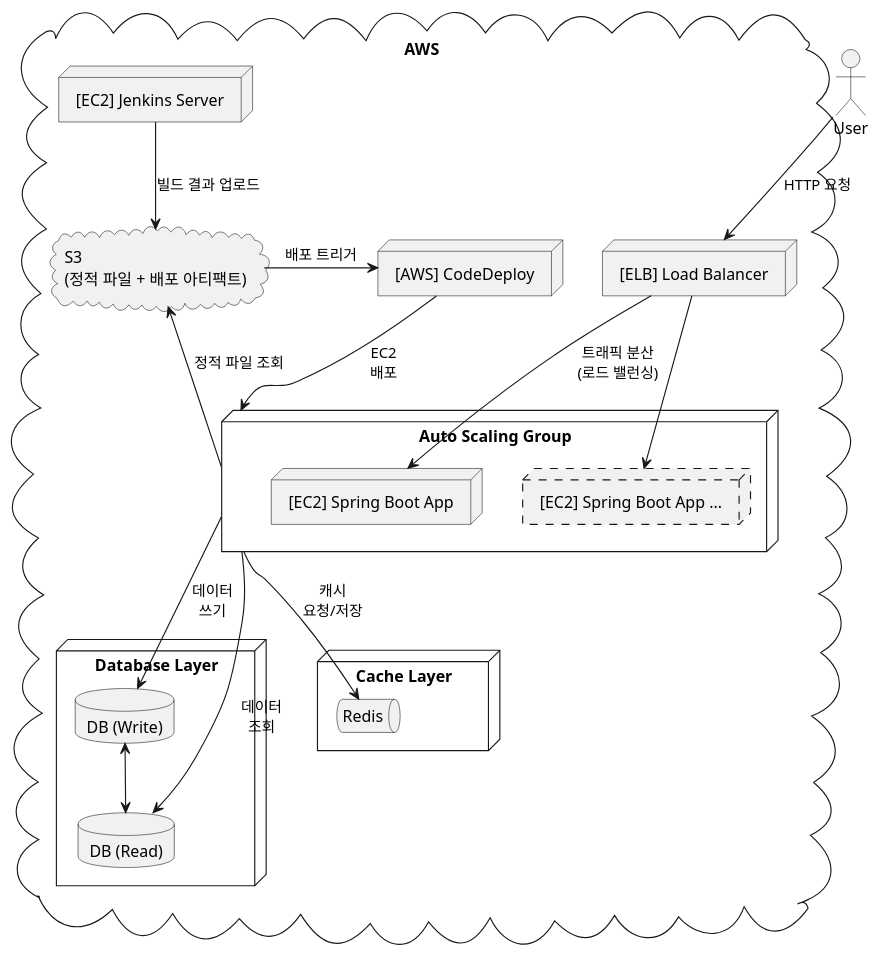
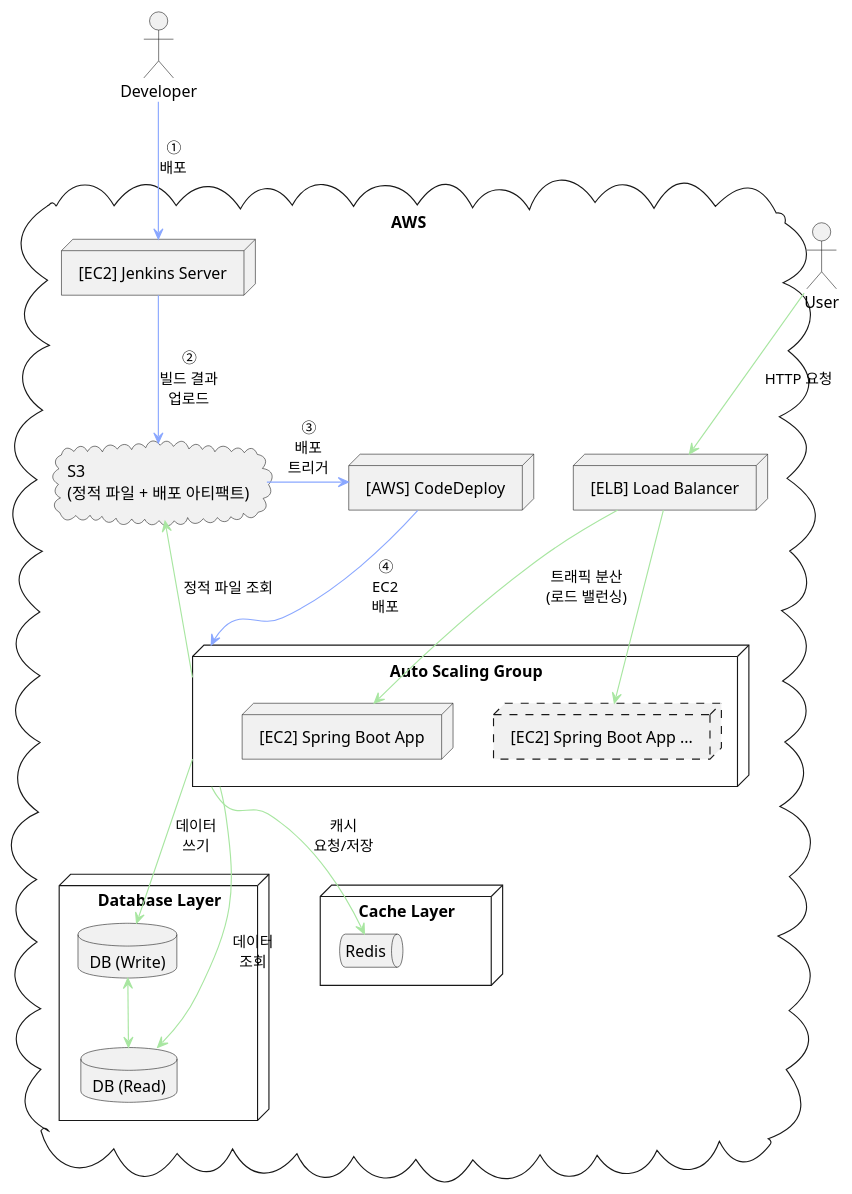
The diagram in docs/infra/infra.puml (honge7694/hdd-server-java), drawn with PlantUML before and after one commit. The commit also changed 1 other file, not shown here.

Commit message:
Infra Architecture 2차 수정 - 요청, 배포 흐름 선 색상 설정

```diff
--- a/docs/infra/infra.puml
+++ b/docs/infra/infra.puml
@@ -1,45 +1,52 @@
 @startuml
 skinparam componentStyle rectangle
 
 actor User
+actor Developer
 
 cloud "AWS" {
 
     node "[ELB] Load Balancer" as ELB
 
     node "Auto Scaling Group" as AppLayer {
         node "[EC2] Spring Boot App" as ec2
         node "[EC2] Spring Boot App ..." as ec2Dashed #line.dashed
     }
 
     node "Database Layer" {
         database "DB (Write)" as DBWrite
         database "DB (Read)" as DBRead
     }
 
     node "Cache Layer" {
         queue "Redis" as Redis
     }
 
+    cloud "S3\n(정적 파일 + 배포 아티팩트)" as S3
+
     node "[EC2] Jenkins Server" as Jenkins
+    node "[AWS] CodeDeploy" as CodeDeploy
+}
 
-    node "[AWS] CodeDeploy" as CodeDeploy
-
-    cloud "S3\n(정적 파일 + 배포 아티팩트)" as S3
-}
+' 요청 흐름 (Request Flow) 선 색상 설정
+skinparam arrowColor #A8E6A1
 
 User --> ELB : HTTP 요청
 ELB --> ec2Dashed
 ELB --> ec2  : 트래픽 분산\n(로드 밸런싱)
 
 AppLayer --> Redis : 캐시\n요청/저장
 AppLayer --> DBWrite : 데이터\n쓰기
 AppLayer --> DBRead : 데이터\n조회
 DBWrite <--> DBRead
 AppLayer -L-> S3 : 정적 파일 조회
 
-Jenkins --> S3 : 빌드 결과 업로드
-S3 -L-> CodeDeploy: 배포 트리거
-CodeDeploy --> AppLayer : EC2\n배포
+' 배포 흐름 (Deployment Flow) 선 색상 설정
+skinparam arrowColor #8AA7FF
+
+Developer --> Jenkins : ①\n배포
+Jenkins --> S3 : ②\n빌드 결과\n업로드
+S3 -L-> CodeDeploy: ③\n배포\n트리거
+CodeDeploy --> AppLayer : ④\nEC2\n배포
 
 @enduml
```
